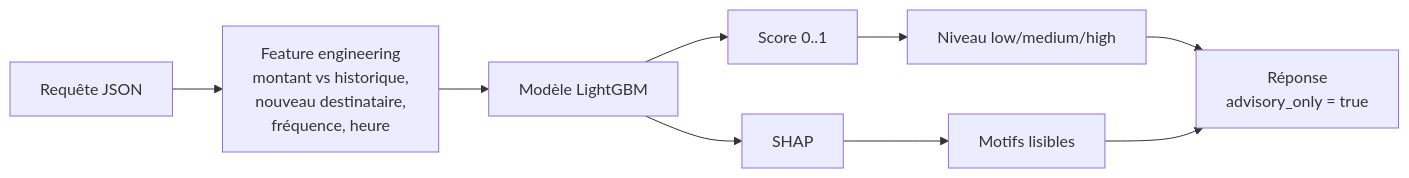
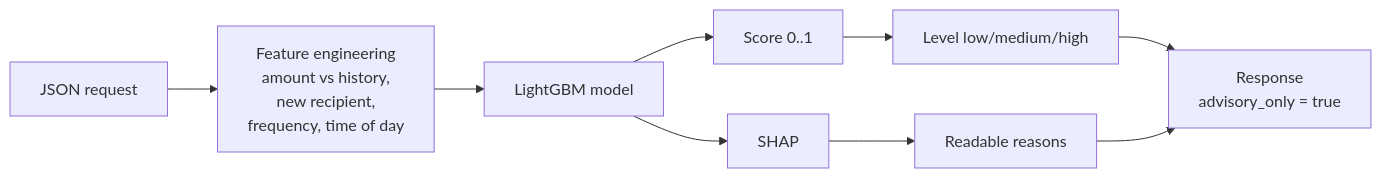
One commit to joeylukoji/Aurix changed the fifth of 6 diagrams in docs/architecture/services.md. Above: the diagram before and after it, drawn with Mermaid. The commit also changed other lines of this file and 6 other files, not shown here.

````diff
--- a/docs/architecture/services.md
+++ b/docs/architecture/services.md
@@ -143,11 +143,11 @@
 ```mermaid
 flowchart LR
-    REQ[Requête JSON] --> FE[Feature engineering<br/>montant vs historique,<br/>nouveau destinataire,<br/>fréquence, heure]
-    FE --> M[Modèle LightGBM]
+    REQ[JSON request] --> FE[Feature engineering<br/>amount vs history,<br/>new recipient,<br/>frequency, time of day]
+    FE --> M[LightGBM model]
     M --> S[Score 0..1]
     M --> X[SHAP]
-    X --> R[Motifs lisibles]
-    S --> L[Niveau low/medium/high]
-    L --> RESP[Réponse<br/>advisory_only = true]
+    X --> R[Readable reasons]
+    S --> L[Level low/medium/high]
+    L --> RESP[Response<br/>advisory_only = true]
     R --> RESP
 ```
````
